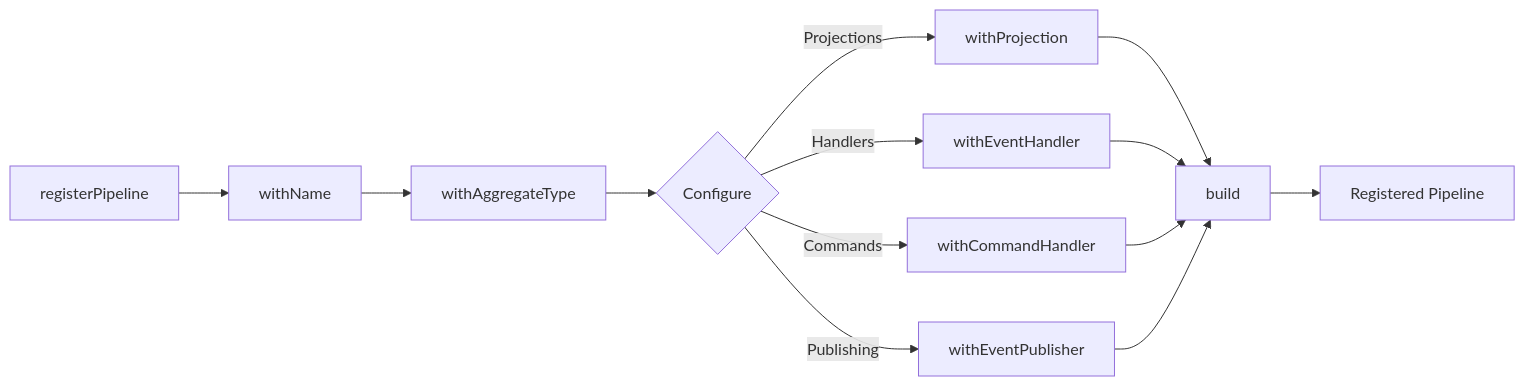
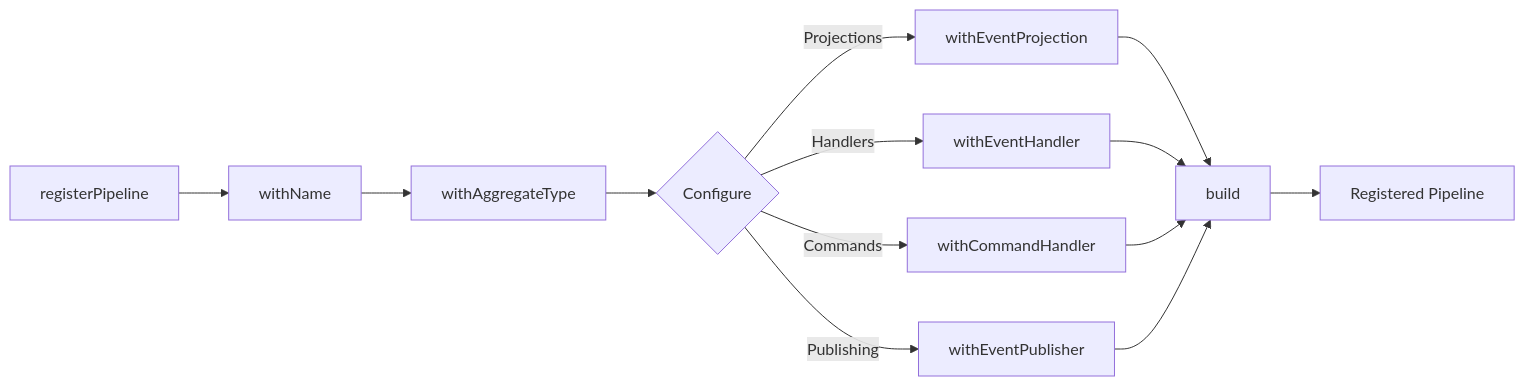
One commit to langwatch/langwatch changed the eighth of 8 diagrams in langwatch/src/server/event-sourcing/library/ARCHITECTURE.md. Above: the diagram before and after it, drawn with Mermaid. The commit also changed other lines of this file and 1 other file, not shown here.

First line of the commit message:
docs(es): update architecture and readme for sequential processing

````diff
--- a/langwatch/src/server/event-sourcing/library/ARCHITECTURE.md
+++ b/langwatch/src/server/event-sourcing/library/ARCHITECTURE.md
@@ -332,15 +417,15 @@
 ```mermaid
 graph LR
     Start[registerPipeline] --> Name[withName]
     Name --> Type[withAggregateType]
     Type --> Config{Configure}
-    Config --> |"Projections"| Proj[withProjection]
+    Config --> |"Projections"| Proj[withEventProjection]
     Config --> |"Handlers"| Hand[withEventHandler]
     Config --> |"Commands"| Cmd[withCommandHandler]
     Config --> |"Publishing"| Pub[withEventPublisher]
     Proj --> Build[build]
     Hand --> Build
     Cmd --> Build
     Pub --> Build
     Build --> Pipeline[Registered Pipeline]
 ```
````
